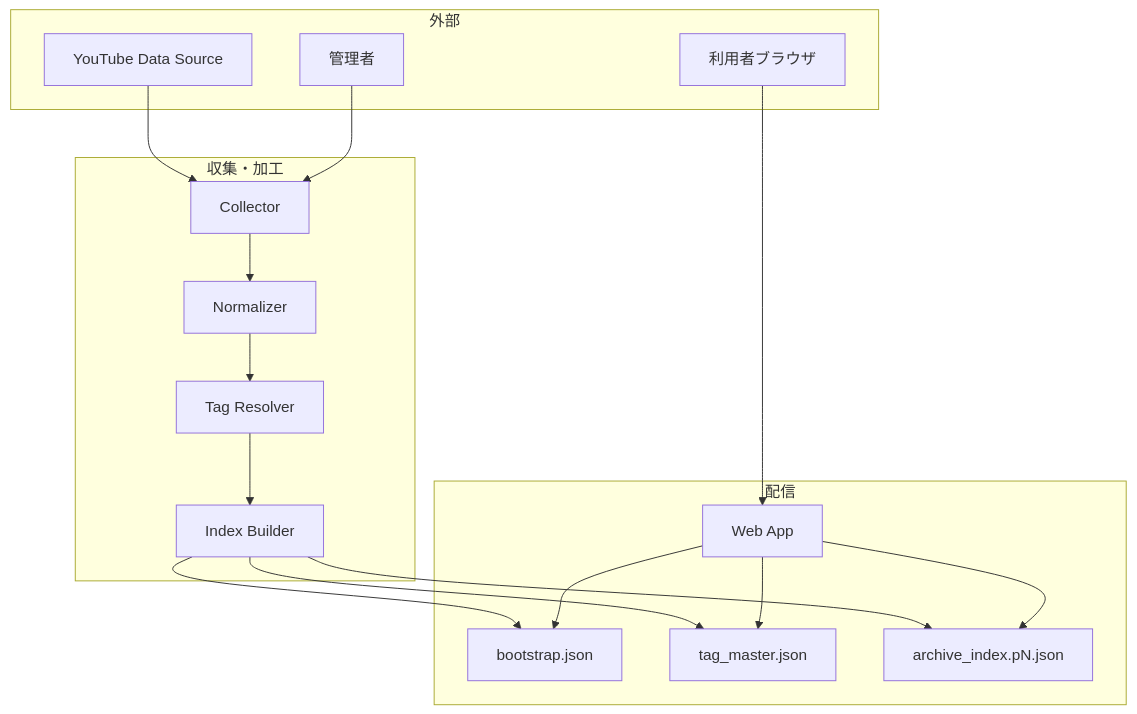
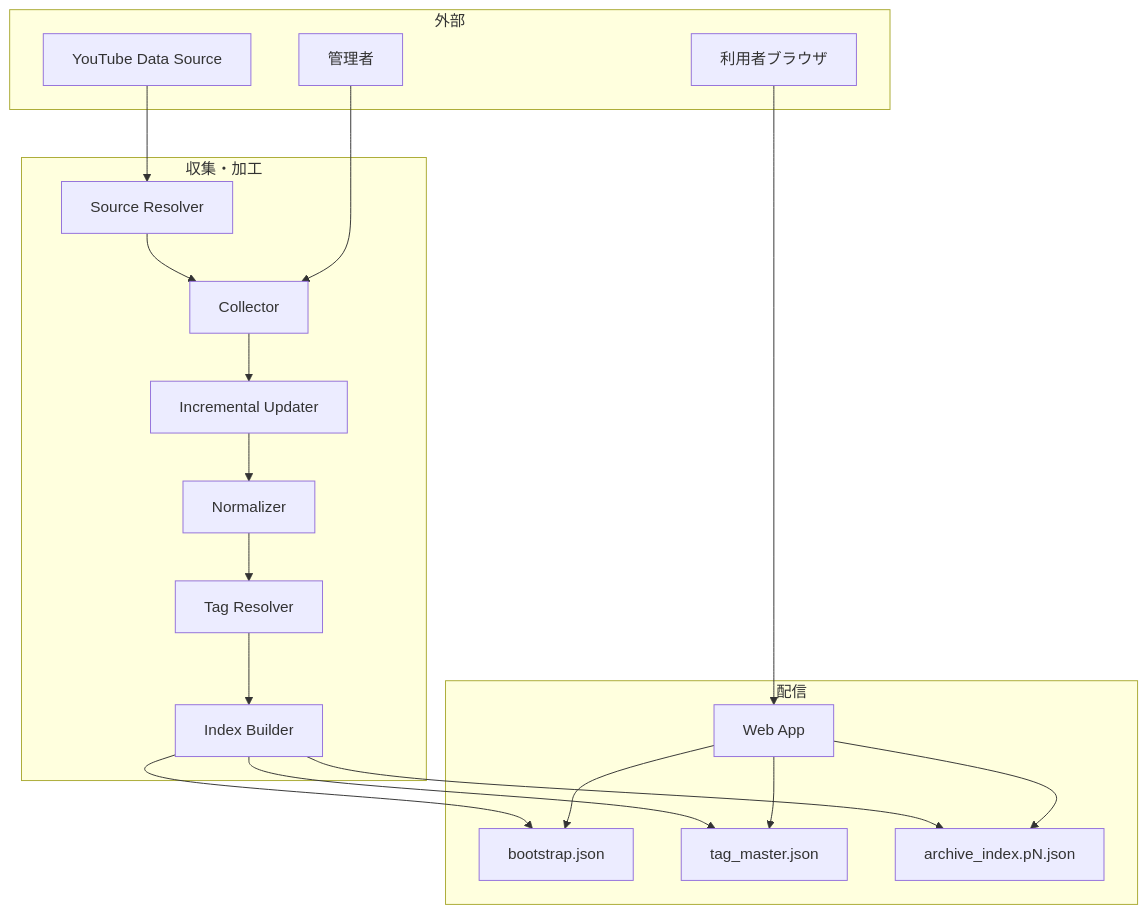
Before and after one commit to tsuji-tomonori/diopside-v3: the diagram in docs/2.基本設計(BD)/21.アーキテクチャ概要/BD-ARCH-001.md, drawn with Mermaid. The commit also changed other lines of this file and 11 other files, not shown here.

````diff
--- a/docs/2.基本設計(BD)/21.アーキテクチャ概要/BD-ARCH-001.md
+++ b/docs/2.基本設計(BD)/21.アーキテクチャ概要/BD-ARCH-001.md
@@ -48,33 +53,35 @@
 ```mermaid
 flowchart TD
   subgraph EXT[外部]
     YT[YouTube Data Source]
     USER[利用者ブラウザ]
     ADMIN[管理者]
   end
 
   subgraph ING[収集・加工]
+    C0[Source Resolver]
     C1[Collector]
-    C2[Normalizer]
-    C3[Tag Resolver]
-    C4[Index Builder]
+    C2[Incremental Updater]
+    C3[Normalizer]
+    C4[Tag Resolver]
+    C5[Index Builder]
   end
 
   subgraph DIST[配信]
     S1[bootstrap.json]
     S2[tag_master.json]
     S3[archive_index.pN.json]
     WEB[Web App]
   end
 
-  YT --> C1
-  C1 --> C2 --> C3 --> C4
-  C4 --> S1
-  C4 --> S2
-  C4 --> S3
+  YT --> C0
+  C0 --> C1 --> C2 --> C3 --> C4 --> C5
+  C5 --> S1
+  C5 --> S2
+  C5 --> S3
   USER --> WEB
   WEB --> S1
   WEB --> S2
   WEB --> S3
   ADMIN --> C1
 ```
````
